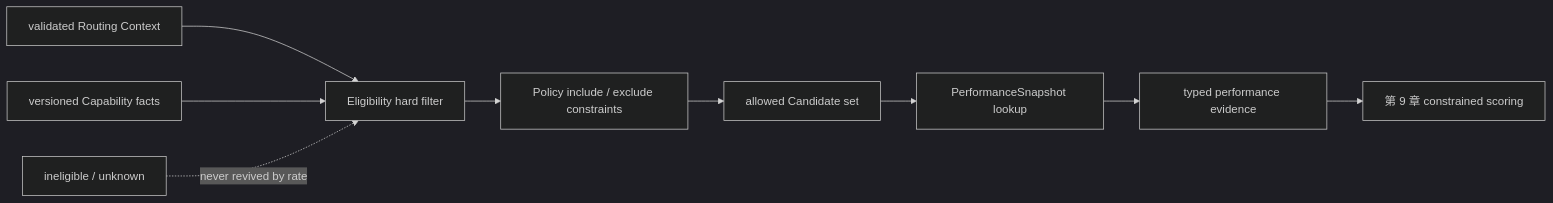
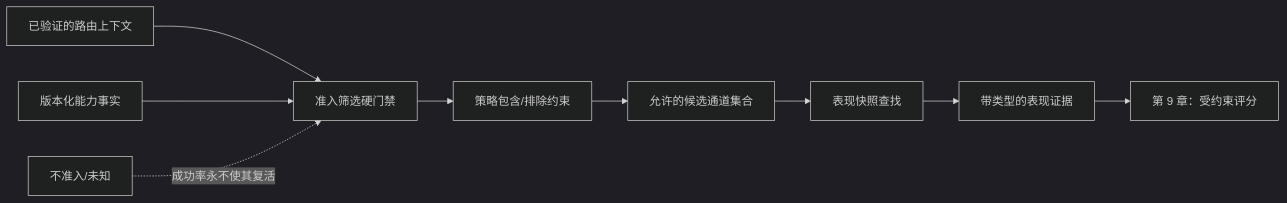
Before and after one commit to YouEclipse/Designing-Modern-Payment-Systems: the fourth of 4 diagrams in part-2-routing-engine/success-rate-routing.md, drawn with Mermaid (dark theme). The commit also changed other lines of this file and 59 other files, not shown here.

````diff
--- a/part-2-routing-engine/success-rate-routing.md
+++ b/part-2-routing-engine/success-rate-routing.md
@@ -393,11 +393,11 @@
 ```mermaid
 flowchart LR
-    Context["validated Routing Context"] --> Eligibility["Eligibility hard filter"]
-    Catalog["versioned Capability facts"] --> Eligibility
-    Eligibility --> Rules["Policy include / exclude constraints"]
-    Rules --> Eligible["allowed Candidate set"]
-    Eligible --> Perf["PerformanceSnapshot lookup"]
-    Perf --> Features["typed performance evidence"]
-    Features --> Next["第 9 章 constrained scoring"]
-    Ineligible["ineligible / unknown"] -. "never revived by rate" .-> Eligibility
+    Context["已验证的路由上下文"] --> Eligibility["准入筛选硬门禁"]
+    Catalog["版本化能力事实"] --> Eligibility
+    Eligibility --> Rules["策略包含/排除约束"]
+    Rules --> Eligible["允许的候选通道集合"]
+    Eligible --> Perf["表现快照查找"]
+    Perf --> Features["带类型的表现证据"]
+    Features --> Next["第 9 章：受约束评分"]
+    Ineligible["不准入/未知"] -. "成功率永不使其复活" .-> Eligibility
 ```
````
